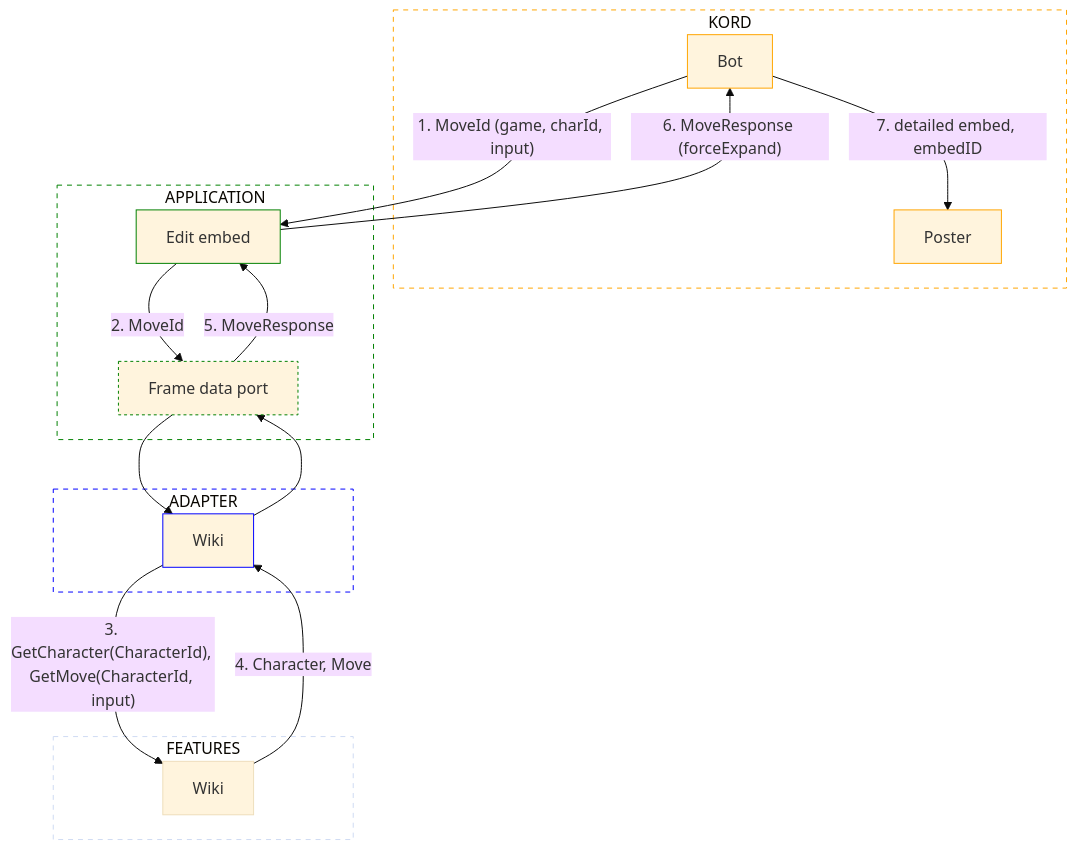
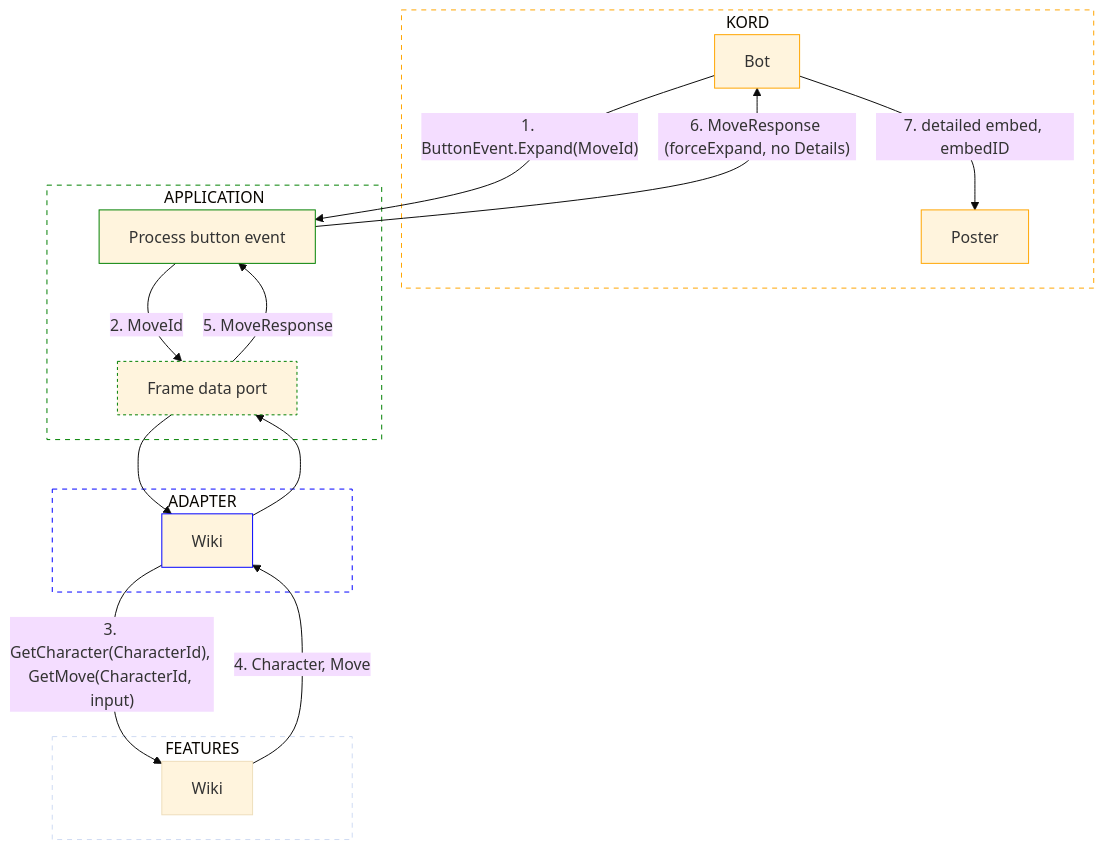
Before and after one commit to Sophon/FightingNerd: the diagram in bot/discord/src/jvmMain/kotlin/io/github/sophon/discord/docs/flow-expand.mmd, drawn with Mermaid (base theme). The commit also changed 16 other files, not shown here.

Commit message:
feat (discord): button edit and text flows

```diff
--- a/bot/discord/src/jvmMain/kotlin/io/github/sophon/discord/docs/flow-expand.mmd
+++ b/bot/discord/src/jvmMain/kotlin/io/github/sophon/discord/docs/flow-expand.mmd
@@ -1,38 +1,38 @@
 flowchart TD
     subgraph KORD
         bot["Bot"]
         poster["Poster"]
     end
 
     subgraph APPLICATION
-        edit["Edit embed"]
+        edit["Process button event"]
         frame_data_p["Frame data port"]
     end
 
     subgraph ADAPTER
         wiki_adp["Wiki"]
     end
 
     subgraph FEATURES
         wiki["Wiki"]
     end
 
 
-    bot --> |"1. MoveId (game, charId, input)"| edit --> |"2. MoveId"| frame_data_p --> wiki_adp --> |"3. GetCharacter(CharacterId), GetMove(CharacterId, input)"| wiki
-    wiki --> |"4. Character, Move"| wiki_adp --> frame_data_p --> |"5. MoveResponse"| edit --> |"6. MoveResponse (forceExpand)"| bot --> |"7. detailed embed, embedID"| poster
+    bot --> |"1. ButtonEvent.Expand(MoveId)"| edit --> |"2. MoveId"| frame_data_p --> wiki_adp --> |"3. GetCharacter(CharacterId), GetMove(CharacterId, input)"| wiki
+    wiki --> |"4. Character, Move"| wiki_adp --> frame_data_p --> |"5. MoveResponse"| edit --> |"6. MoveResponse (forceExpand, no Details)"| bot --> |"7. detailed embed, embedID"| poster
 
 
     style KORD stroke:orange,stroke-dasharray:5 5,fill:none
     style APPLICATION stroke:green,stroke-dasharray:5 5,fill:none
     style ADAPTER stroke:blue,stroke-dasharray:5 5,fill:none
     style FEATURES stroke-dasharray:5 5,fill:none
 
     classDef kord stroke:orange
     classDef application stroke:green
     classDef adapter stroke:blue
     classDef outboundPort stroke:green,stroke-dasharray:3 3
 
     class bot,poster kord
     class edit application
     class frame_data_p outboundPort
     class wiki_adp adapter
```
